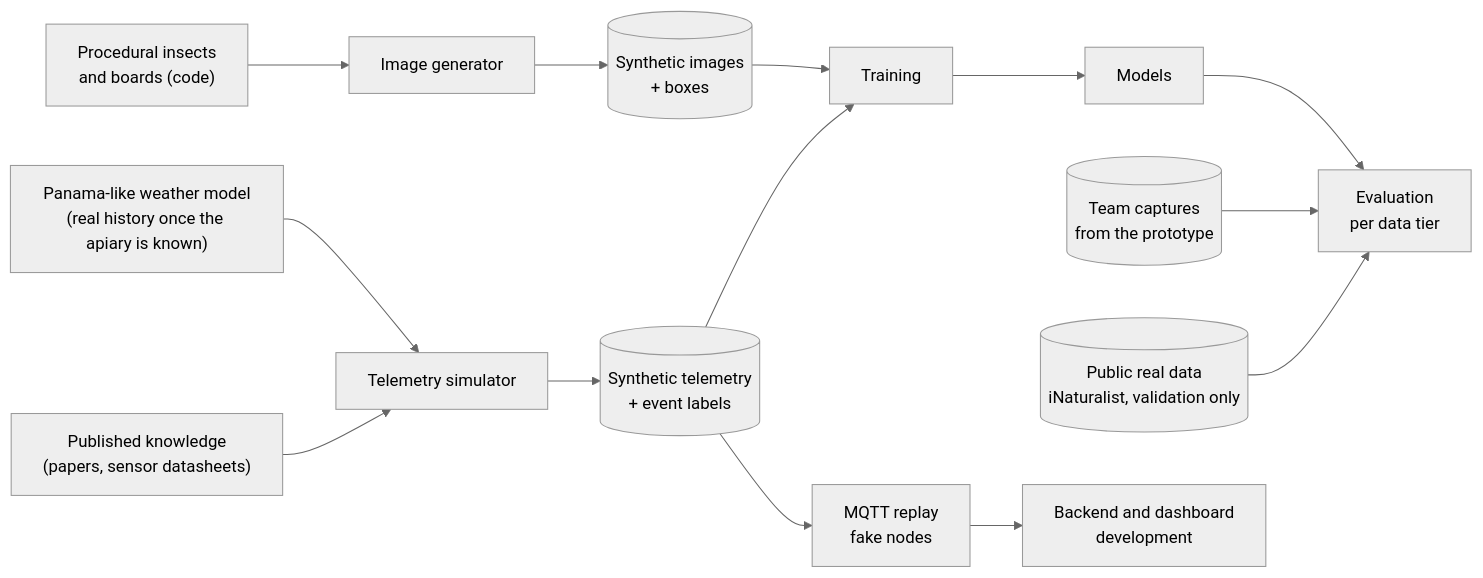
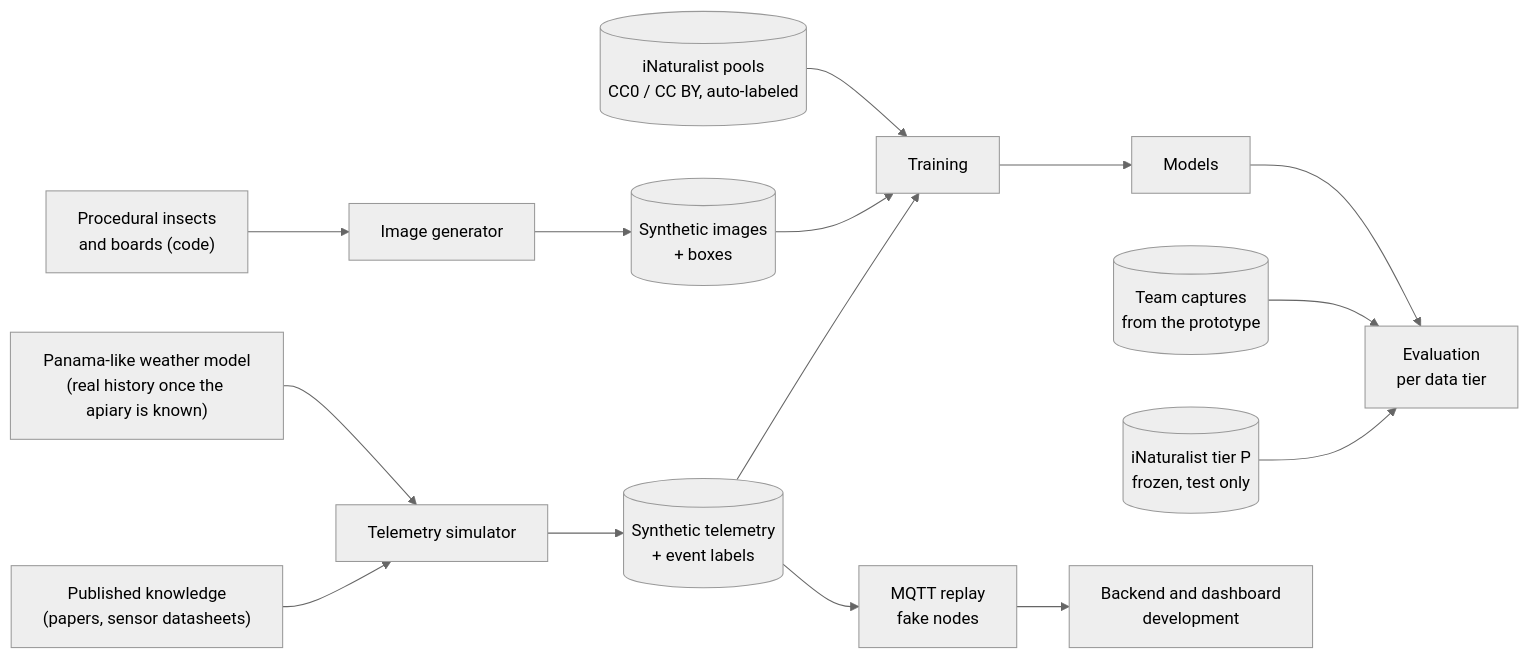
Before and after one commit to endlessconflict/SmartHive: the diagram in docs/04-data/README.md, drawn with Mermaid (neutral theme). The commit also changed other lines of this file and 19 other files, not shown here.

First line of the commit message:
feat(vision): release models v0.4 trained with auto-labeled real photos

````diff
--- a/docs/04-data/README.md
+++ b/docs/04-data/README.md
@@ -13,15 +13,16 @@
 ```mermaid
 flowchart LR
     K["Published knowledge<br/>(papers, sensor datasheets)"] --> SIM
     W["Panama-like weather model<br/>(real history once the apiary is known)"] --> SIM
     A["Procedural insects<br/>and boards (code)"] --> IMG
     SIM["Telemetry simulator"] --> TS[("Synthetic telemetry<br/>+ event labels")]
     IMG["Image generator"] --> IM[("Synthetic images<br/>+ boxes")]
     TS --> TR["Training"]
     IM --> TR
     TR --> M["Models"]
-    PUB[("Public real data<br/>iNaturalist, validation only")] --> EV["Evaluation<br/>per data tier"]
+    POOL[("iNaturalist pools<br/>CC0 / CC BY, auto-labeled")] --> TR
+    PUB[("iNaturalist tier P<br/>frozen, test only")] --> EV["Evaluation<br/>per data tier"]
     OWN[("Team captures<br/>from the prototype")] --> EV
     M --> EV
     TS --> REPLAY["MQTT replay<br/>fake nodes"] --> BE["Backend and dashboard<br/>development"]
 ```
````
